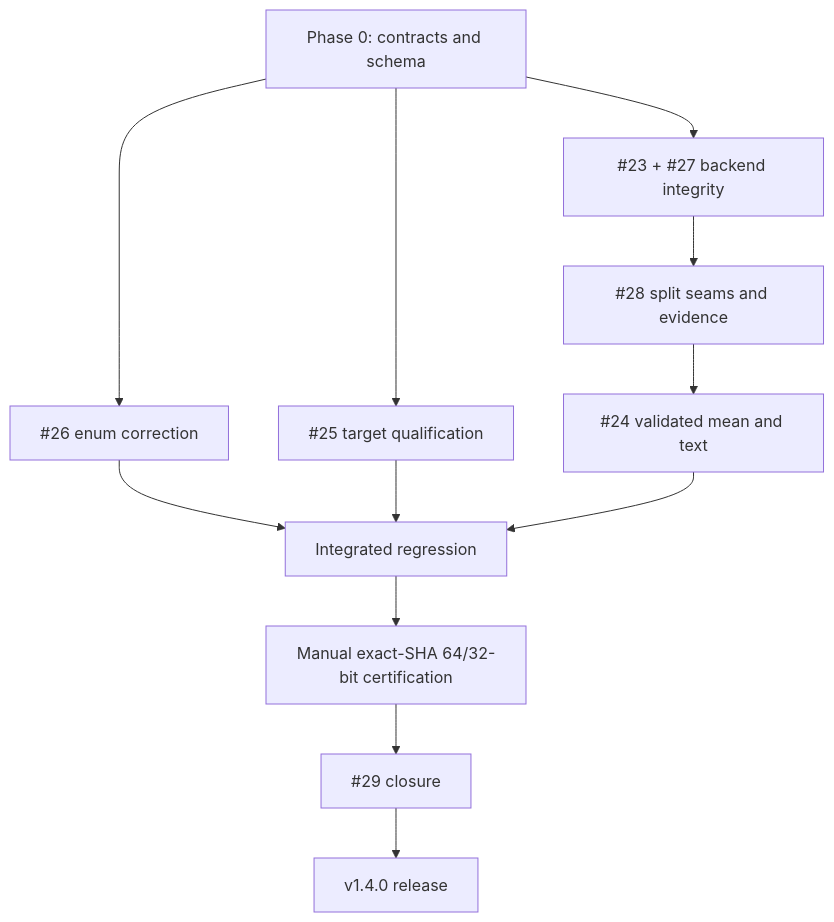
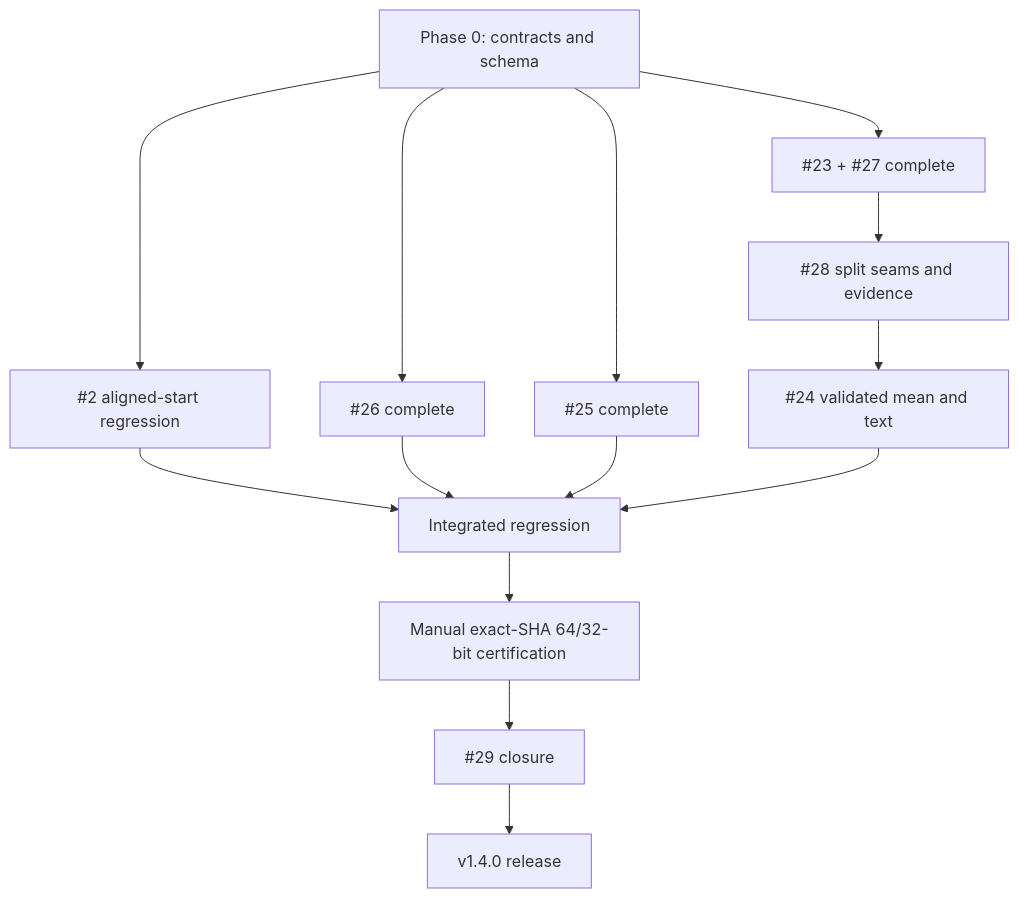
Before and after one commit to danielep71/VBA-PERFORMANCE_MANAGER: the diagram in docs/V1.4.0_IMPLEMENTATION_AND_RELEASE_PLAN.md, drawn with Mermaid. The commit also changed other lines of this file, not shown here.

````diff
--- a/docs/V1.4.0_IMPLEMENTATION_AND_RELEASE_PLAN.md
+++ b/docs/V1.4.0_IMPLEMENTATION_AND_RELEASE_PLAN.md
@@ -123,14 +134,16 @@
 ```mermaid
 flowchart TD
-  P0["Phase 0: contracts and schema"] --> I23["#23 + #27 backend integrity"]
-  P0 --> I26["#26 enum correction"]
-  P0 --> I25["#25 target qualification"]
+  P0["Phase 0: contracts and schema"] --> I23["#23 + #27 complete"]
+  P0 --> I2["#2 aligned-start regression"]
+  P0 --> I26["#26 complete"]
+  P0 --> I25["#25 complete"]
   I23 --> I28["#28 split seams and evidence"]
   I28 --> I24["#24 validated mean and text"]
+  I2 --> INT["Integrated regression"]
   I26 --> INT["Integrated regression"]
   I25 --> INT
   I24 --> INT
   INT --> CERT["Manual exact-SHA 64/32-bit certification"]
   CERT --> I29["#29 closure"]
   I29 --> REL["v1.4.0 release"]
 ```
````
